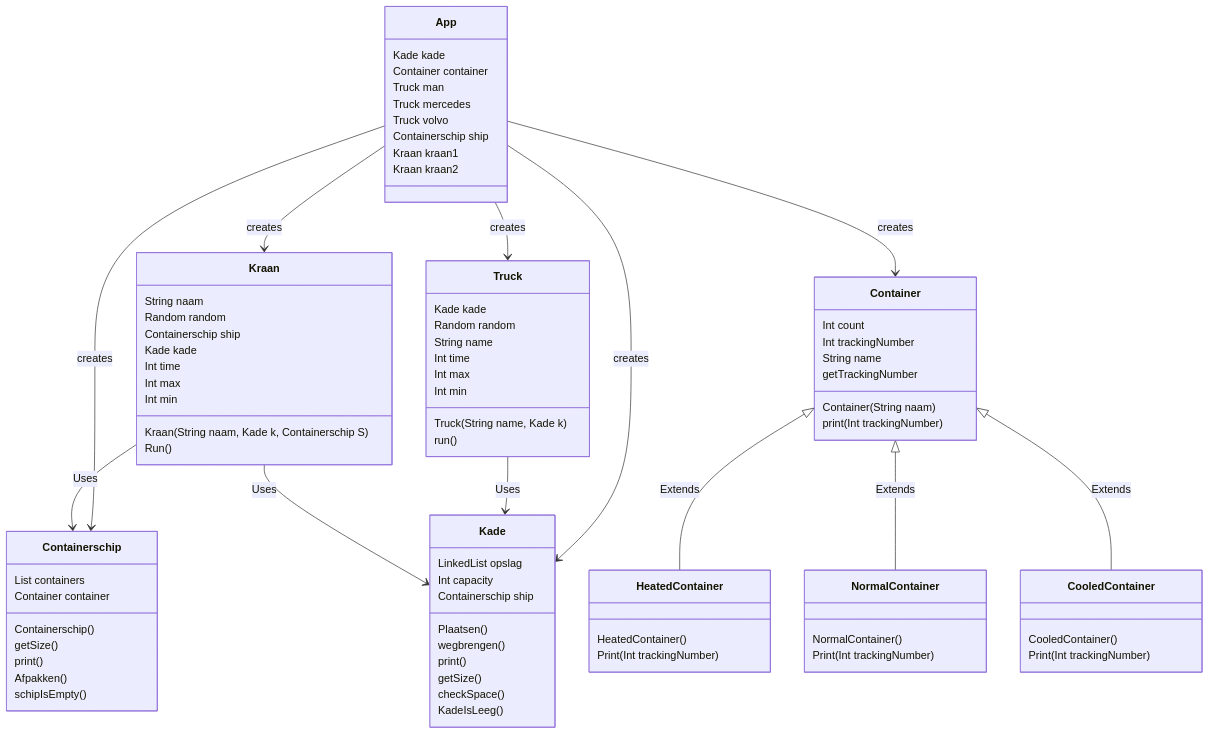
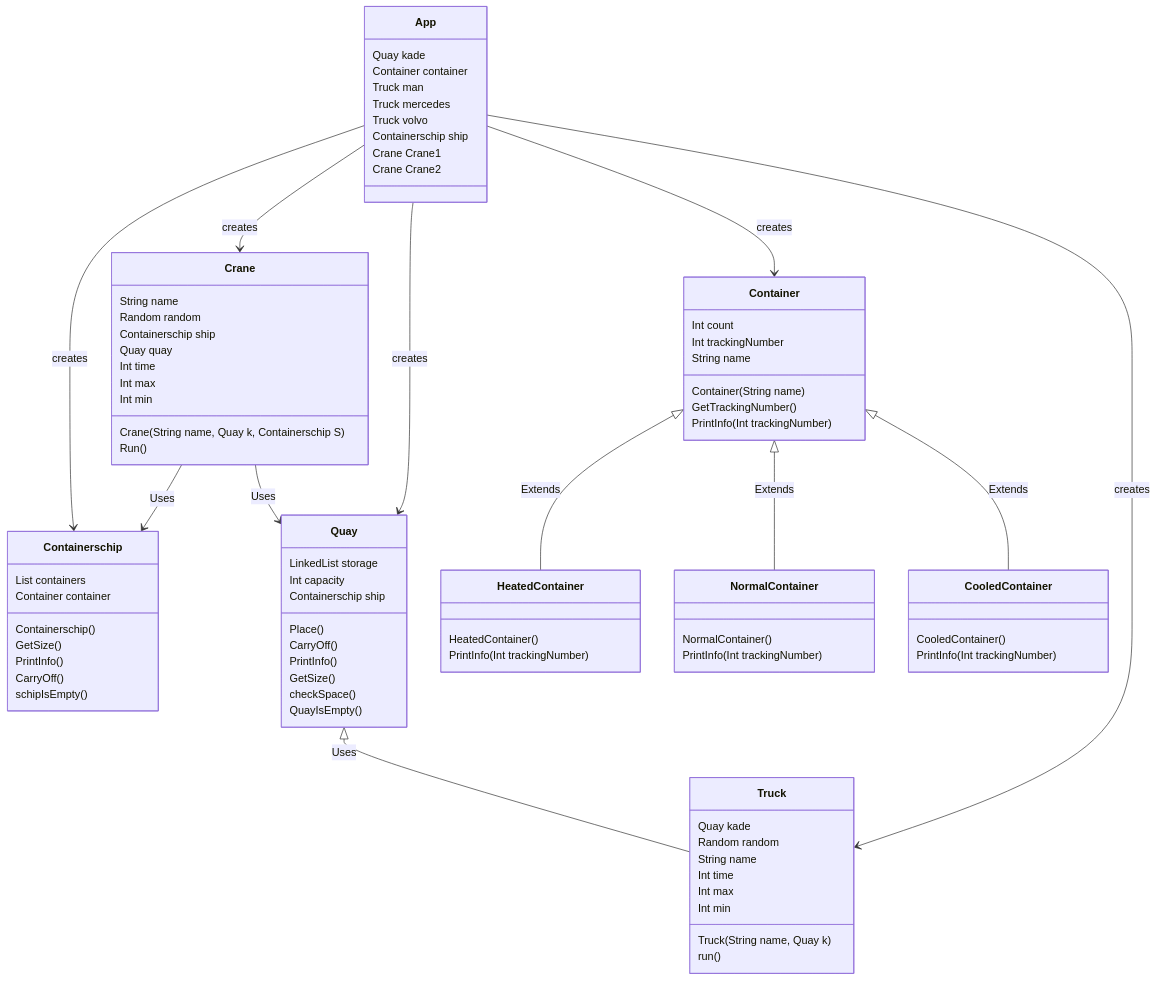
The second of 2 diagrams in ShipQuay/README.md (RockFreakRickerd/SameCodeDifferentLanguagues), drawn with Mermaid before and after one commit. The commit also changed other lines of this file, not shown here.

````diff
--- a/ShipQuay/README.md
+++ b/ShipQuay/README.md
@@ -46,67 +46,67 @@
 ```mermaid
 classDiagram
   App --> Containerschip : creates
-  App --> Kraan : creates
-  App --> Kade : creates
+  App --> Crane : creates
+  App --> Quay : creates
   App --> Container : creates
   App --> Truck: creates
-  Truck --> Kade : Uses
-  Kraan --> Containerschip : Uses
-  Kraan --> Kade : Uses
+  Quay <|-- Truck : Uses
+  Crane --> Containerschip : Uses
+  Crane --> Quay : Uses
   Container <|-- HeatedContainer : Extends
   Container <|-- NormalContainer : Extends
   Container <|-- CooledContainer : Extends
-  App: Kade kade
+  App: Quay kade
   App: Container container
   App: Truck man
   App: Truck mercedes
   App: Truck volvo
   App: Containerschip ship
-  App: Kraan kraan1
-  App: Kraan kraan2
+  App: Crane Crane1
+  App: Crane Crane2
   Containerschip: List containers
   Containerschip: Container container
   Containerschip: Containerschip()
-  Containerschip: getSize()
-  Containerschip: print()
-  Containerschip: Afpakken()
+  Containerschip: GetSize()
+  Containerschip: PrintInfo()
+  Containerschip: CarryOff()
   Containerschip: schipIsEmpty()
-  Kraan: String naam
-  Kraan: Random random
-  Kraan: Containerschip ship
-  Kraan: Kade kade
-  Kraan: Int time
-  Kraan: Int max
-  Kraan: Int min
-  Kraan: Kraan(String naam, Kade k, Containerschip S)
-  Kraan: Run()
-  Kade: LinkedList opslag
-  Kade: Int capacity
-  Kade: Containerschip ship
-  Kade: Plaatsen()
-  Kade: wegbrengen()
-  Kade: print()
-  Kade: getSize()
-  Kade: checkSpace()
-  Kade: KadeIsLeeg()
+  Crane: String name
+  Crane: Random random
+  Crane: Containerschip ship
+  Crane: Quay quay
+  Crane: Int time
+  Crane: Int max
+  Crane: Int min
+  Crane: Crane(String name, Quay k, Containerschip S)
+  Crane: Run()
+  Quay: LinkedList storage
+  Quay: Int capacity
+  Quay: Containerschip ship
+  Quay: Place()
+  Quay: CarryOff()
+  Quay: PrintInfo()
+  Quay: GetSize()
+  Quay: checkSpace()
+  Quay: QuayIsEmpty()
   Container: Int count
   Container: Int trackingNumber
   Container: String name
-  Container: Container(String naam)
-  Container: getTrackingNumber
-  Container: print(Int trackingNumber)
+  Container: Container(String name)
+  Container: GetTrackingNumber()
+  Container: PrintInfo(Int trackingNumber)
   HeatedContainer: HeatedContainer()
-  HeatedContainer: Print(Int trackingNumber)
+  HeatedContainer: PrintInfo(Int trackingNumber)
   NormalContainer: NormalContainer()
-  NormalContainer: Print(Int trackingNumber)
+  NormalContainer: PrintInfo(Int trackingNumber)
   CooledContainer: CooledContainer()
-  CooledContainer: Print(Int trackingNumber)
-  Truck: Kade kade
+  CooledContainer: PrintInfo(Int trackingNumber)
+  Truck: Quay kade
   Truck: Random random
   Truck: String name
   Truck: Int time
   Truck: Int max
   Truck: Int min
-  Truck: Truck(String name, Kade k)
+  Truck: Truck(String name, Quay k)
   Truck: run()
 ```
````
